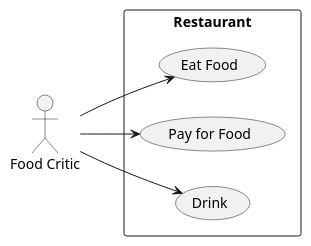
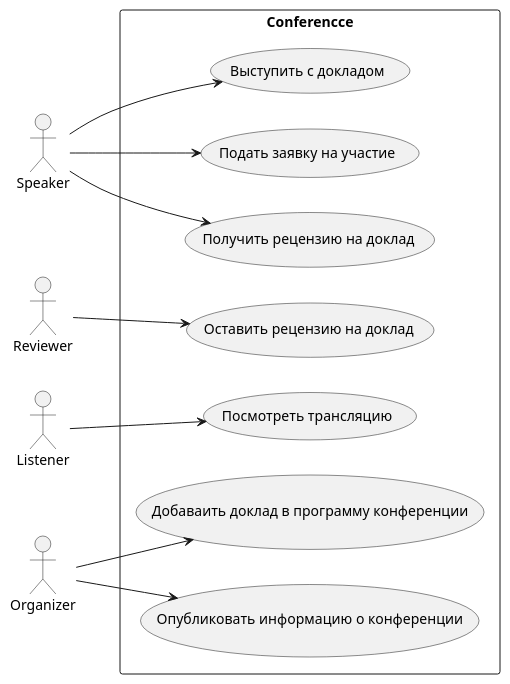
One commit to Dimets/MTS-arch-basic changed the second of 2 diagrams in docs/README.md. Above: the diagram before and after it, drawn with PlantUML. The commit also changed other lines of this file, not shown here.

Commit message:
UC diagramm

````diff
--- a/docs/README.md
+++ b/docs/README.md
@@ -188,14 +198,25 @@
 ```plantuml
 @startuml
 left to right direction
-actor "Food Critic" as fc
-rectangle Restaurant {
-  usecase "Eat Food" as UC1
-  usecase "Pay for Food" as UC2
-  usecase "Drink" as UC3
+actor "Speaker" as sp
+actor "Reviewer" as rw
+actor "Listener" as ls
+actor "Organizer" as og
+rectangle Conferencce {
+  usecase "Подать заявку на участие" as UC1
+  usecase "Получить рецензию на доклад" as UC2
+  usecase "Выступить с докладом" as UC3
+  usecase "Посмотреть трансляцию" as UC4
+  usecase "Оставить рецензию на доклад" as UC5
+  usecase "Опубликовать информацию о конференции" as UC6
+  usecase "Добаваить доклад в программу конференции" as UC7
 }
-fc --> UC1
-fc --> UC2
-fc --> UC3
+sp --> UC1
+sp --> UC2
+sp --> UC3
+ls --> UC4
+rw --> UC5
+og --> UC6
+og --> UC7
 @enduml
 ```
````
